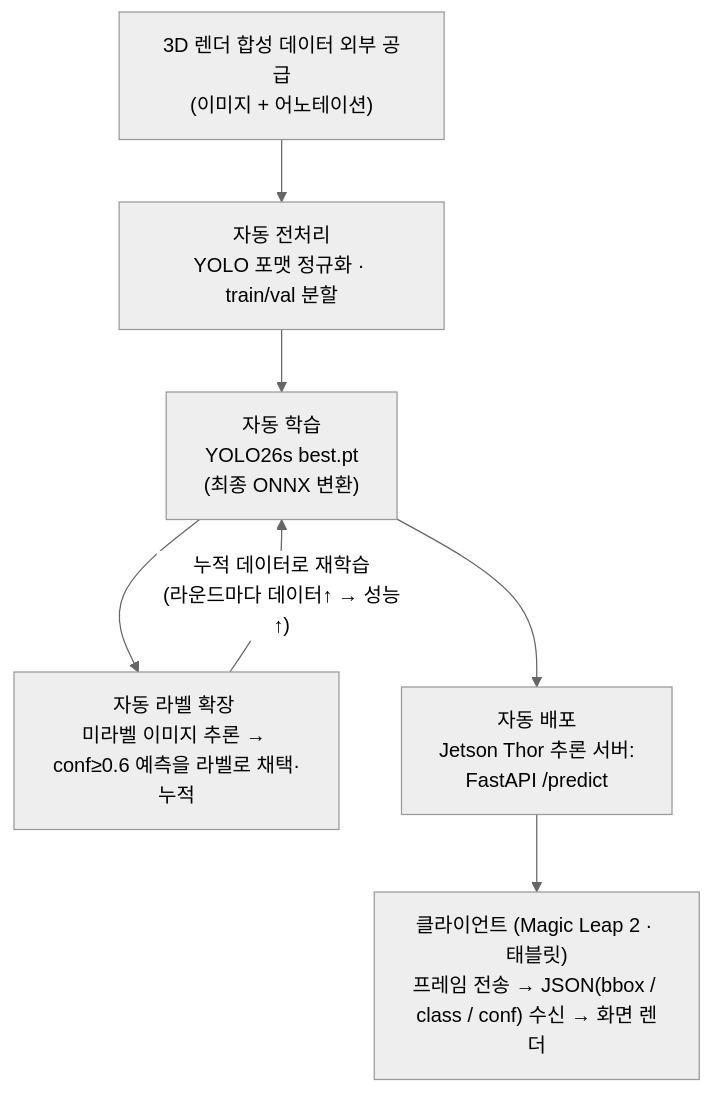
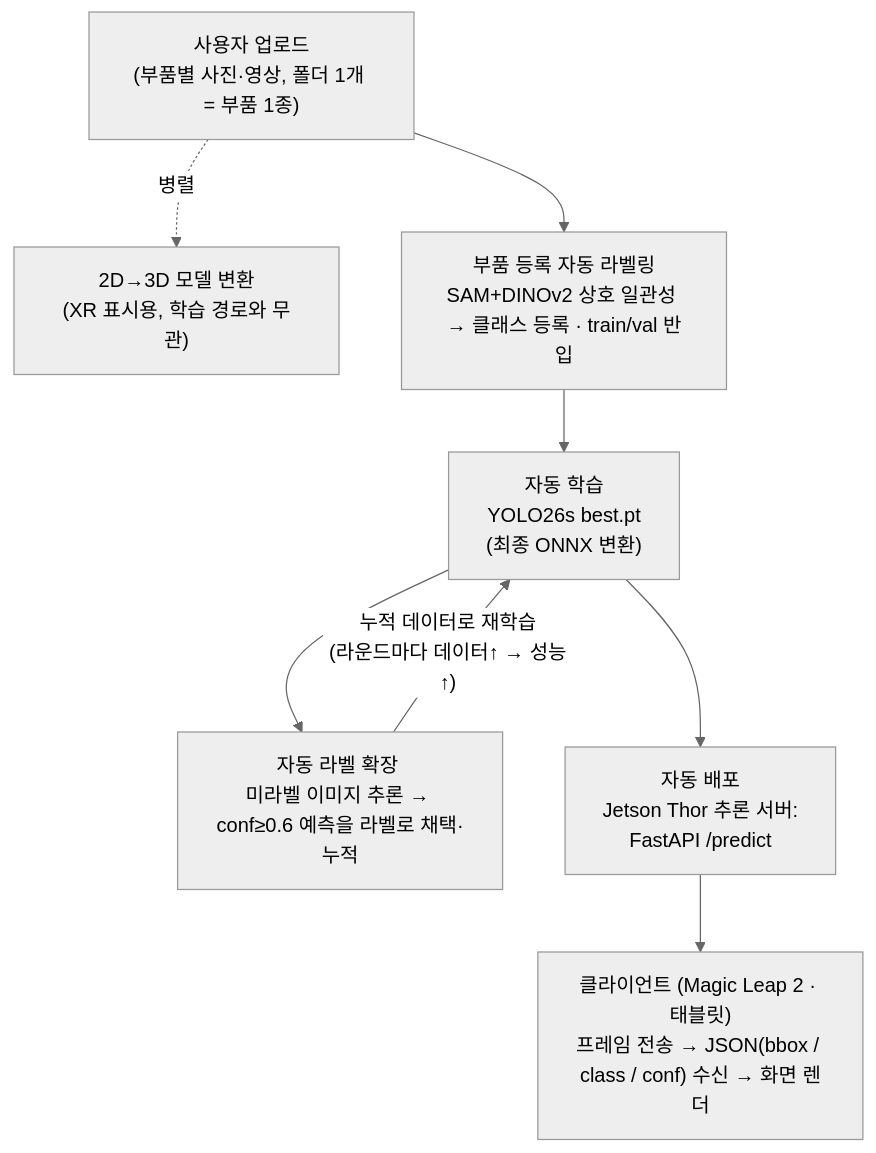
One commit to ev1025/auto_annotation_learning changed the diagram in README.md. Above: the diagram before and after it, drawn with Mermaid (neutral theme). The commit also changed other lines of this file and 1 other file, not shown here.

First line of the commit message:
docs: README 대개편 - 학습 데이터 아키텍처 피벗 반영 + CHANGELOG 신설

````diff
--- a/README.md
+++ b/README.md
@@ -31,13 +32,15 @@
 ```mermaid
 flowchart TD
-    A["3D 렌더 합성 데이터 외부 공급<br/>(이미지 + 어노테이션)"]
-    B["자동 전처리<br/>YOLO 포맷 정규화 · train/val 분할"]
+    A["사용자 업로드<br/>(부품별 사진·영상, 폴더 1개 = 부품 1종)"]
+    A2["2D→3D 모델 변환<br/>(XR 표시용, 학습 경로와 무관)"]
+    B["부품 등록 자동 라벨링<br/>SAM+DINOv2 상호 일관성 → 클래스 등록 · train/val 반입"]
     C["자동 학습<br/>YOLO26s best.pt <br/>(최종 ONNX 변환)"]
     D["자동 라벨 확장 <br/>미라벨 이미지 추론 → conf≥0.6 예측을 라벨로 채택·누적"]
     E["자동 배포 <br/>Jetson Thor 추론 서버: <br/>FastAPI /predict"]
     F["클라이언트 (Magic Leap 2 · 태블릿)<br/>프레임 전송 → JSON(bbox / class / conf) 수신 → 화면 렌더"]
 
     A --> B --> C --> D
+    A -. 병렬 .-> A2
     D -- "누적 데이터로 재학습<br/>(라운드마다 데이터↑ → 성능↑)" --> C
     C --> E --> F
 ```
````
